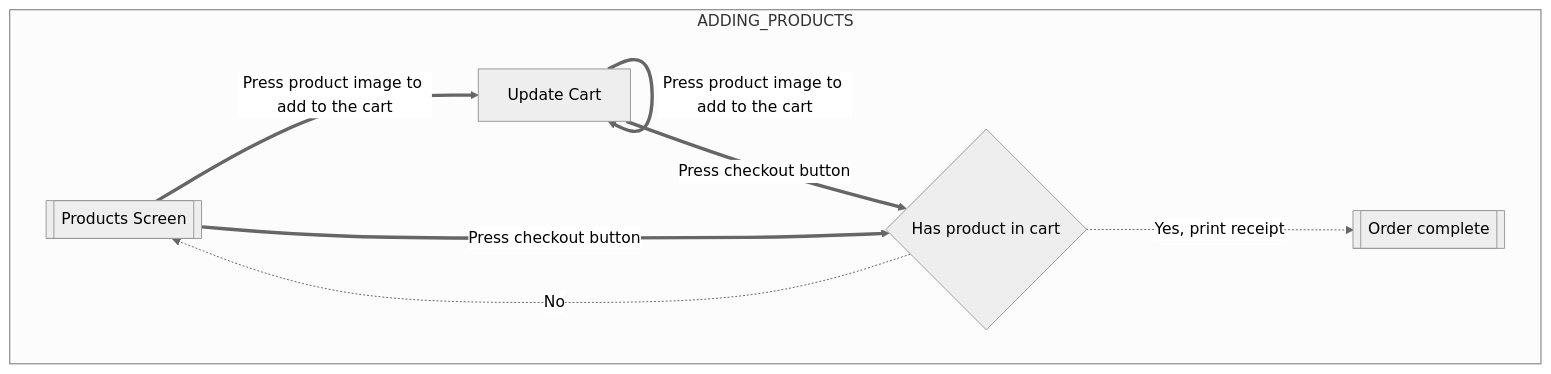
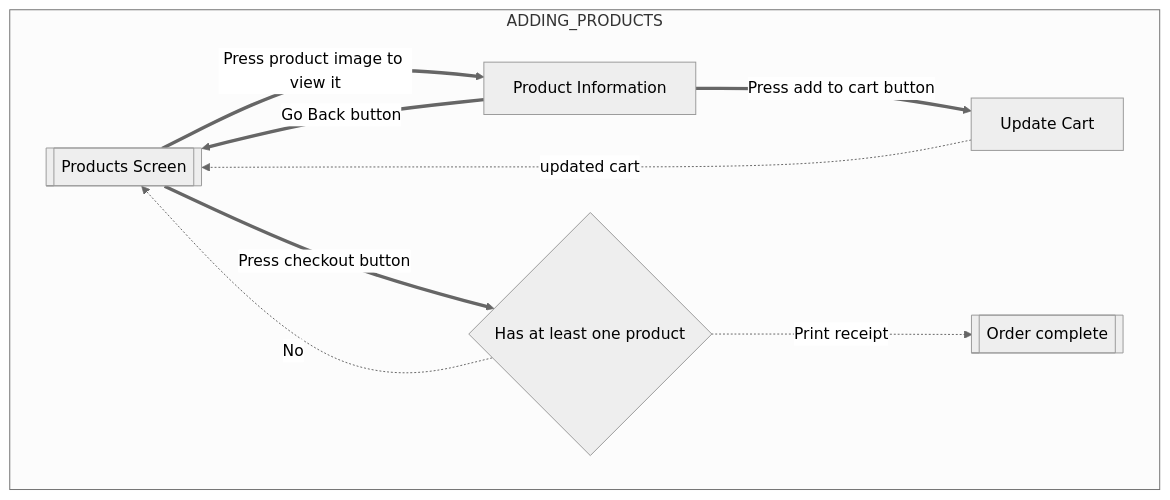
The diagram in flows.md (andre4352323/2452-pos), drawn with Mermaid (neutral theme) before and after one commit. The commit also changed 1 other file, not shown here.

Commit message:
changes from feedback

```diff
--- a/flows.md
+++ b/flows.md
@@ -13,19 +13,20 @@
 :::mermaid
 flowchart
 
     subgraph ADDING_PRODUCTS
 
         start[[Products Screen]]
 
-        start == Press product image to add to the cart ==> updateCart
-        updateCart[Update Cart] == Press checkout button ==> validCart
-        updateCart == Press product image to add to the cart ==> updateCart
-        start == Press checkout button ==> validCart
-        validCart{Has product in cart}
-        validCart -. Yes, print receipt .-> complete
+        start == Press checkout button ==> validCart{Has at least one product}
+        start == Press product image to view it ==> productView
+        productView[Product Information] == Press add to cart button ==> updateCart[Update Cart]
+        updateCart -. updated cart .-> start
+        productView == Go Back button ==> start
+    
+        validCart -. Print receipt .-> complete
         validCart -. No .-> start
        
         complete[[Order complete]]        
     
     end
 :::
```
